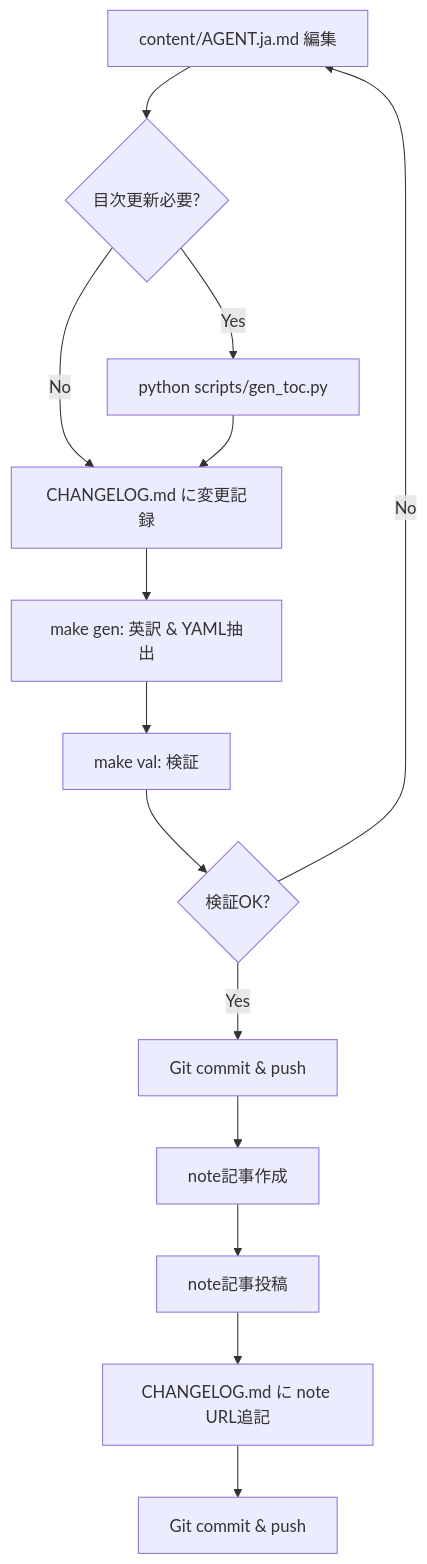
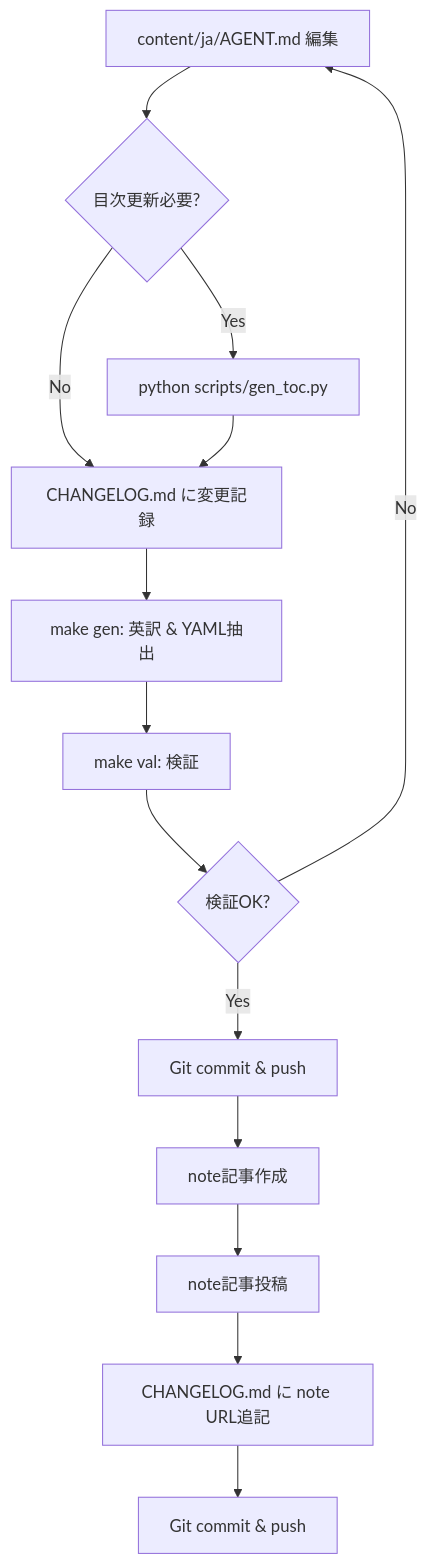
The diagram in docs/prd/active/20251028_changelog-migration.ja.md (nullvariant/self-perfecting-os), drawn with Mermaid before and after one commit. The commit also changed other lines of this file and 22 other files, not shown here.

````diff
--- a/docs/prd/active/20251028_changelog-migration.ja.md
+++ b/docs/prd/active/20251028_changelog-migration.ja.md
@@ -481,16 +481,16 @@
 ```mermaid
 graph TD
-    A[content/AGENT.ja.md 編集] --> B{目次更新必要?}
+    A[content/ja/AGENT.md 編集] --> B{目次更新必要?}
     B -->|Yes| C[python scripts/gen_toc.py]
     B -->|No| D[CHANGELOG.md に変更記録]
     C --> D
     D --> E[make gen: 英訳 & YAML抽出]
     E --> F[make val: 検証]
     F --> G{検証OK?}
     G -->|No| A
     G -->|Yes| H[Git commit & push]
     H --> I[note記事作成]
     I --> J[note記事投稿]
     J --> K[CHANGELOG.md に note URL追記]
     K --> L[Git commit & push]
 ```
````
